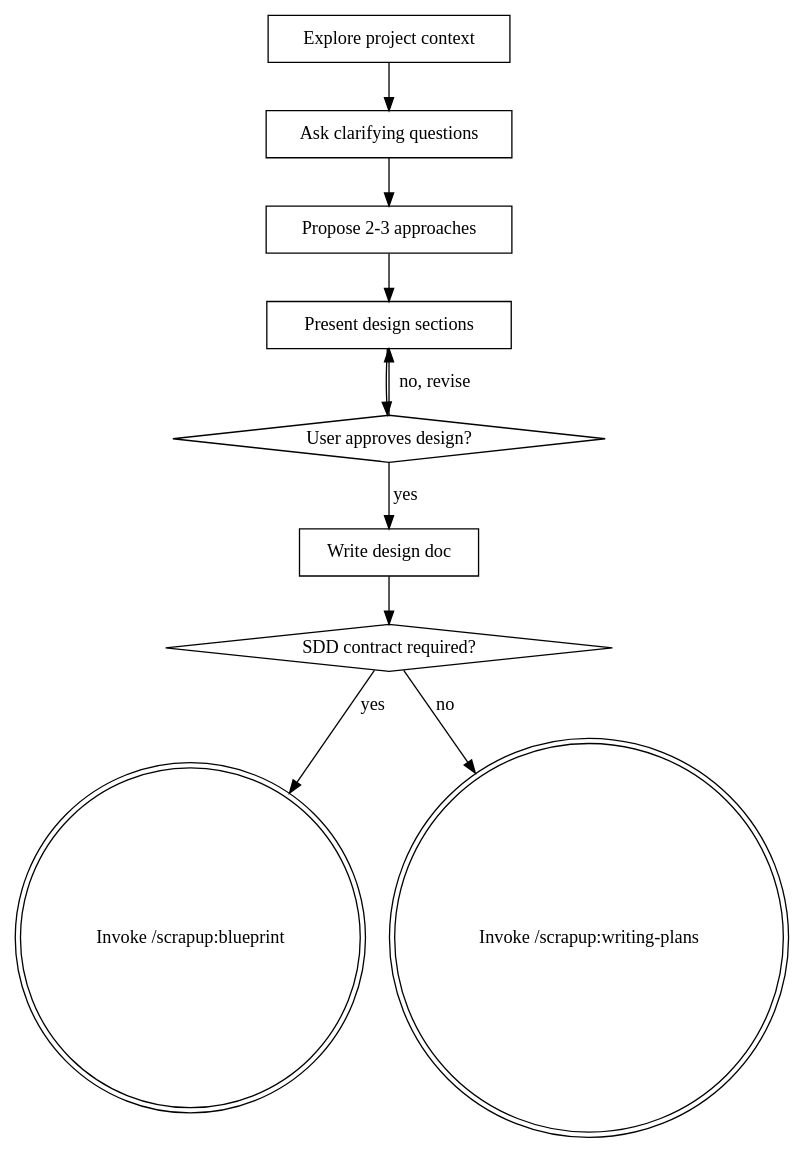
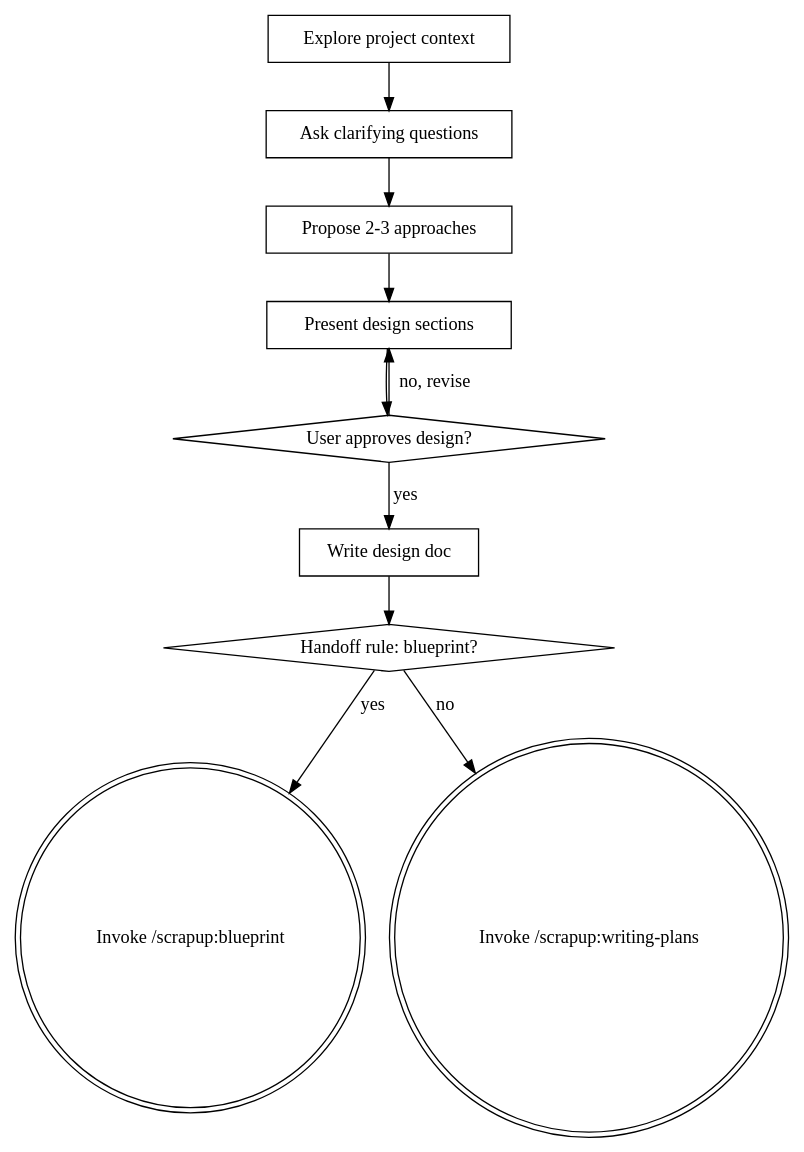
The diagram in skills/brainstorming/SKILL.md (scrapup/scrapup), drawn with Graphviz before and after one commit. The commit also changed other lines of this file and 63 other files, not shown here.

````diff
--- a/skills/brainstorming/SKILL.md
+++ b/skills/brainstorming/SKILL.md
@@ -38,23 +37,23 @@
 ```dot
 digraph brainstorming {
     "Explore project context" [shape=box];
     "Ask clarifying questions" [shape=box];
     "Propose 2-3 approaches" [shape=box];
     "Present design sections" [shape=box];
     "User approves design?" [shape=diamond];
     "Write design doc" [shape=box];
-    "SDD contract required?" [shape=diamond];
+    "Handoff rule: blueprint?" [shape=diamond];
     "Invoke /scrapup:blueprint" [shape=doublecircle];
     "Invoke /scrapup:writing-plans" [shape=doublecircle];
 
     "Explore project context" -> "Ask clarifying questions";
     "Ask clarifying questions" -> "Propose 2-3 approaches";
     "Propose 2-3 approaches" -> "Present design sections";
     "Present design sections" -> "User approves design?";
     "User approves design?" -> "Present design sections" [label="no, revise"];
     "User approves design?" -> "Write design doc" [label="yes"];
-    "Write design doc" -> "SDD contract required?";
-    "SDD contract required?" -> "Invoke /scrapup:blueprint" [label="yes"];
-    "SDD contract required?" -> "Invoke /scrapup:writing-plans" [label="no"];
+    "Write design doc" -> "Handoff rule: blueprint?";
+    "Handoff rule: blueprint?" -> "Invoke /scrapup:blueprint" [label="yes"];
+    "Handoff rule: blueprint?" -> "Invoke /scrapup:writing-plans" [label="no"];
 }
 ```
````
